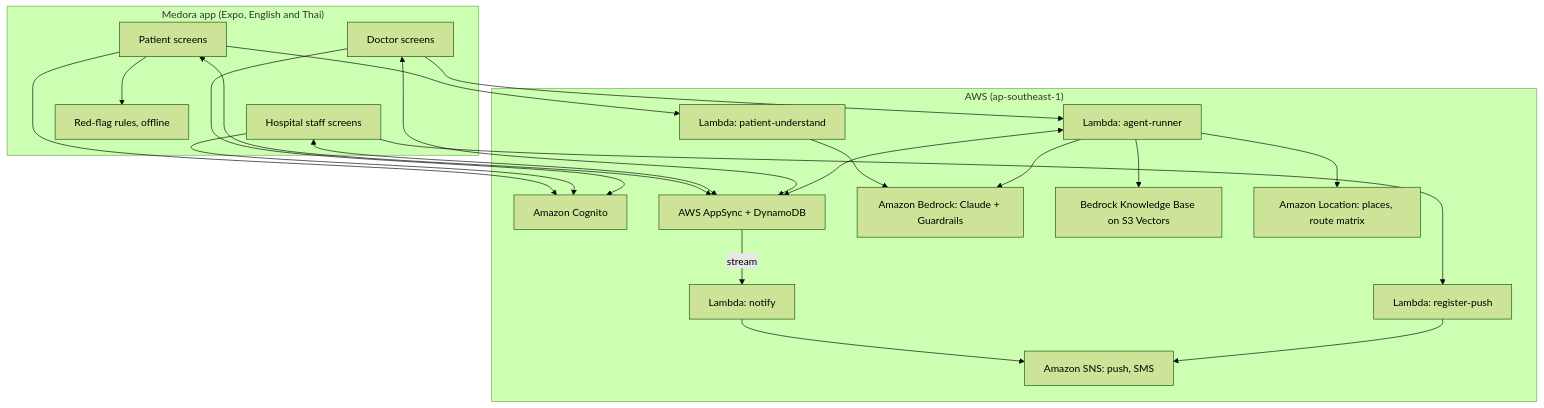
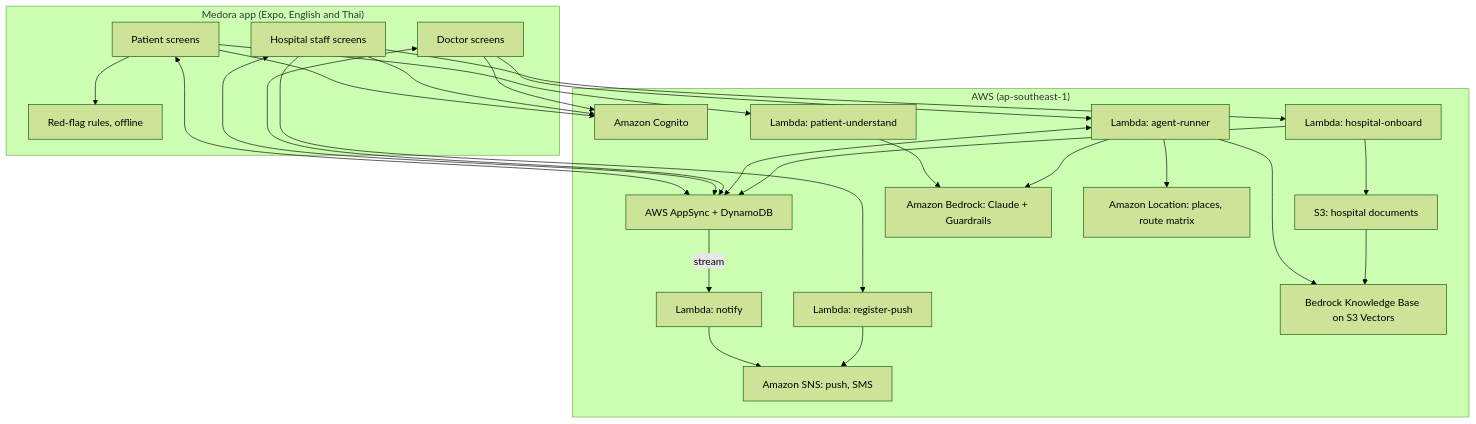
One commit to AlbertZawSam/ntt-data-hackathon-Medora changed the first of 2 diagrams in docs/specs/design.md. Above: the diagram before and after it, drawn with Mermaid (forest theme). The commit also changed other lines of this file and 167 other files, not shown here.

````diff
--- a/docs/specs/design.md
+++ b/docs/specs/design.md
@@ -9,32 +9,36 @@
 ```mermaid
 flowchart TB
   subgraph Phone["Medora app (Expo, English and Thai)"]
     P[Patient screens]
     S[Hospital staff screens]
     D[Doctor screens]
     RF[Red-flag rules, offline]
   end
   subgraph AWS["AWS (ap-southeast-1)"]
     COG[Amazon Cognito]
     APS[AWS AppSync + DynamoDB]
     PU[Lambda: patient-understand]
     AR[Lambda: agent-runner]
     NT[Lambda: notify]
     RP[Lambda: register-push]
+    HO[Lambda: hospital-onboard]
+    S3[S3: hospital documents]
     BR[Amazon Bedrock: Claude + Guardrails]
     KB[Bedrock Knowledge Base on S3 Vectors]
     LOC[Amazon Location: places, route matrix]
     SNS[Amazon SNS: push, SMS]
   end
   P --> RF
   P & S & D --> COG
   P & S & D <--> APS
   P --> PU --> BR
   D --> AR
   AR --> BR
   AR --> KB
   AR --> LOC
   AR <--> APS
   APS -- stream --> NT --> SNS
   S --> RP --> SNS
+  S --> HO --> APS
+  HO --> S3 --> KB
 ```
````
